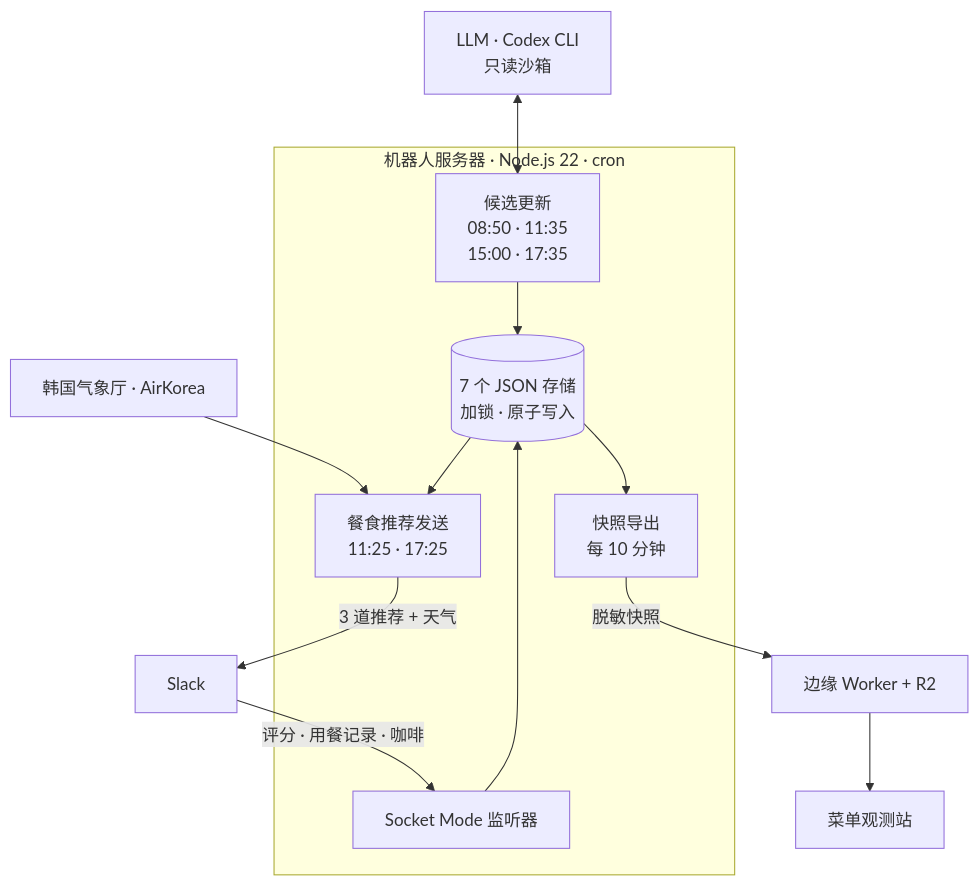
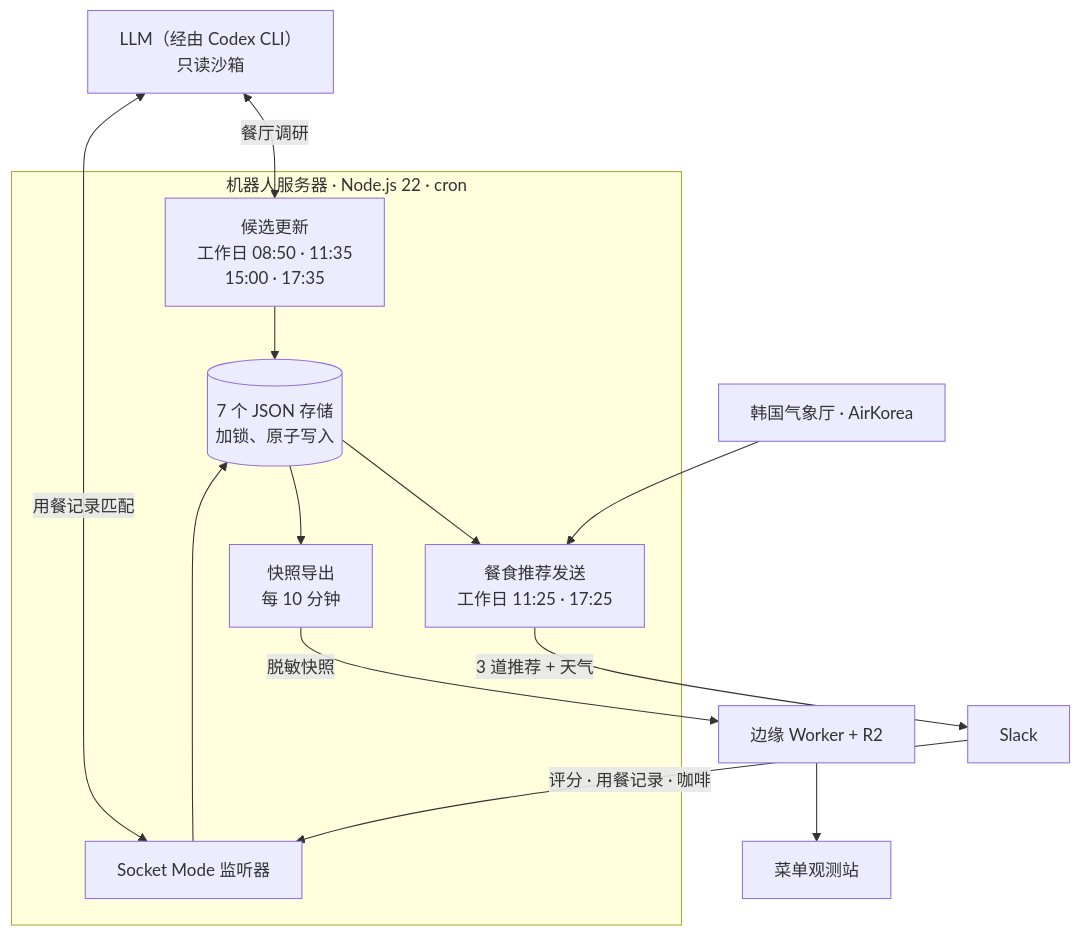
One commit to jumincho/ojeommwo changed the diagram in README.zh-CN.md. Above: the diagram before and after it, drawn with Mermaid. The commit also changed other lines of this file and 3 other files, not shown here.

````diff
--- a/README.zh-CN.md
+++ b/README.zh-CN.md
@@ -47,26 +47,27 @@
 ```mermaid
 flowchart TB
-  llm["LLM · Codex CLI<br/>只读沙箱"]
+  llm["LLM（经由 Codex CLI）<br/>只读沙箱"]
   weather["韩国气象厅 · AirKorea"]
   subgraph bot["机器人服务器 · Node.js 22 · cron"]
-    refresh["候选更新<br/>08:50 · 11:35<br/>15:00 · 17:35"]
-    post["餐食推荐发送<br/>11:25 · 17:25"]
-    store[("7 个 JSON 存储<br/>加锁 · 原子写入")]
+    refresh["候选更新<br/>工作日 08:50 · 11:35<br/>15:00 · 17:35"]
+    post["餐食推荐发送<br/>工作日 11:25 · 17:25"]
+    store[("7 个 JSON 存储<br/>加锁、原子写入")]
     listener["Socket Mode 监听器"]
     export["快照导出<br/>每 10 分钟"]
   end
   slack["Slack"]
   edge["边缘 Worker + R2"]
   browser["菜单观测站"]
 
-  llm <--> refresh
+  llm <-->|"餐厅调研"| refresh
+  llm <-->|"用餐记录匹配"| listener
   weather --> post
   refresh --> store
   store --> post
   post -->|"3 道推荐 + 天气"| slack
   slack -->|"评分 · 用餐记录 · 咖啡"| listener
   listener --> store
   store --> export
   export -->|"脱敏快照"| edge
   edge --> browser
 ```
````
